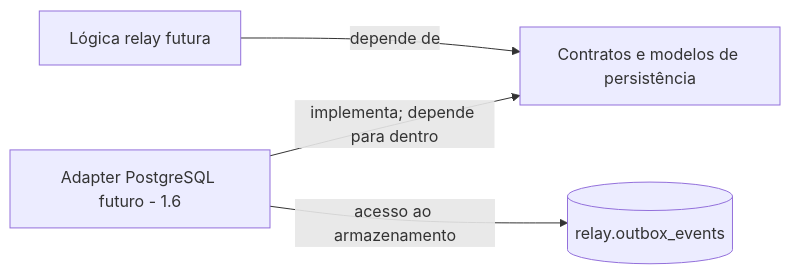
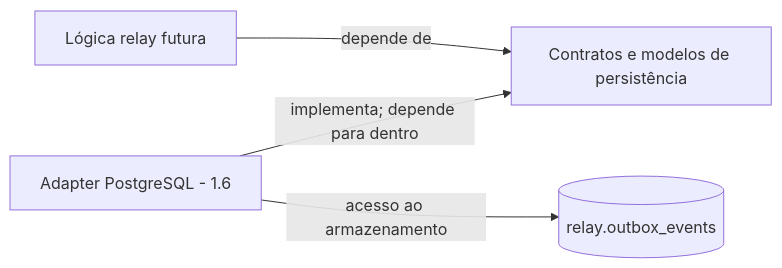
One commit to juniocr26/rust-event-relay changed the second of 2 diagrams in docs/pt-BR/architecture.md. Above: the diagram before and after it, drawn with Mermaid. The commit also changed other lines of this file and 29 other files, not shown here.

First line of the commit message:
feat: implement PostgreSQL outbox reader

````diff
--- a/docs/pt-BR/architecture.md
+++ b/docs/pt-BR/architecture.md
@@ -133,10 +133,10 @@
 ```mermaid
 flowchart LR
     APP[Lógica relay futura]
     PORT[Contratos e modelos de persistência]
-    PG[Adapter PostgreSQL futuro - 1.6]
+    PG[Adapter PostgreSQL - 1.6]
     DB[(relay.outbox_events)]
     APP -->|depende de| PORT
     PG -->|implementa; depende para dentro| PORT
     PG -->|acesso ao armazenamento| DB
 ```
````
